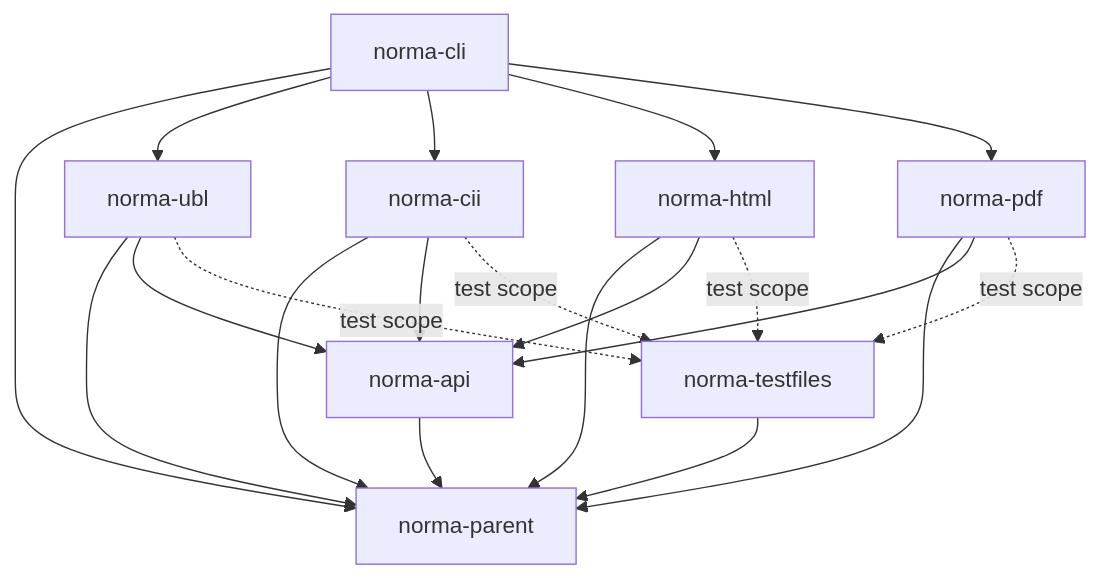
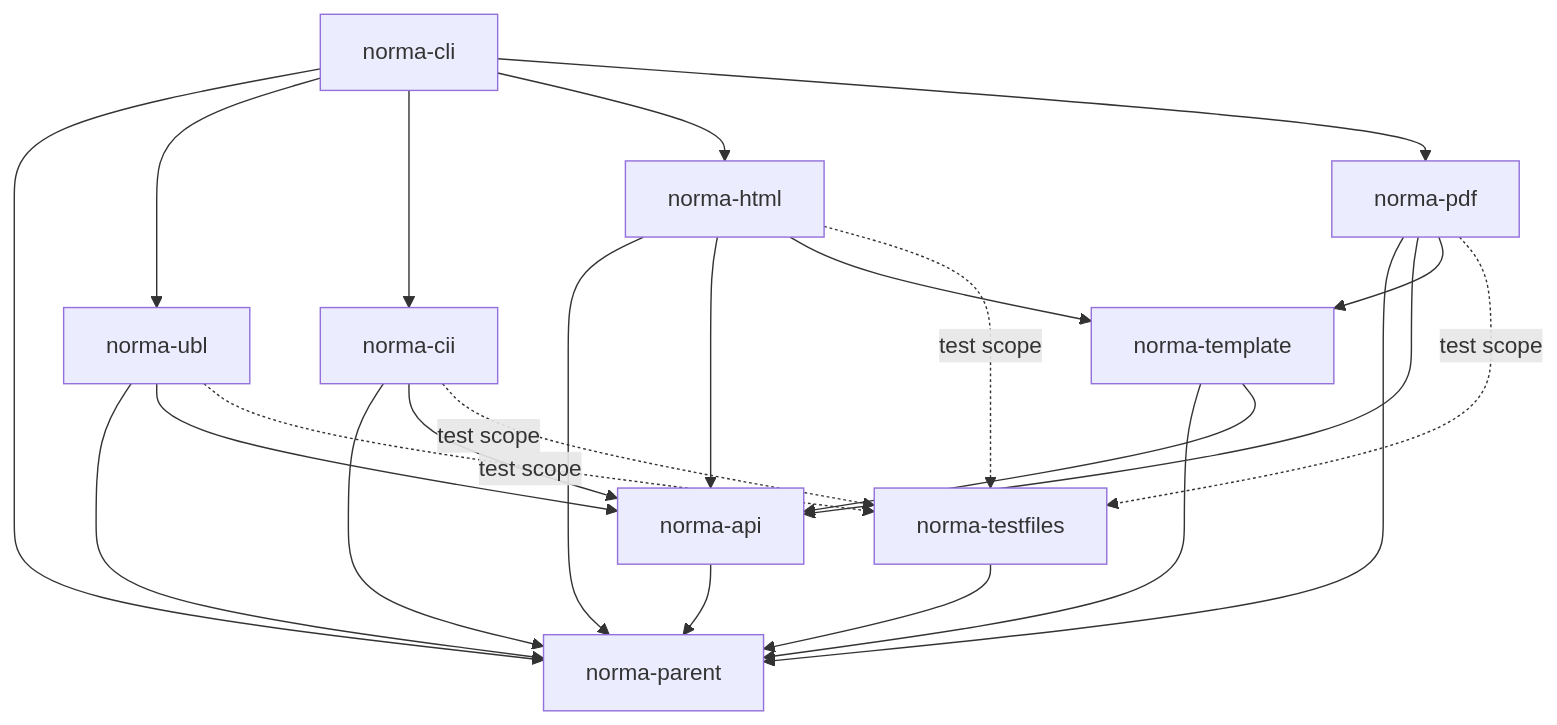
The diagram in wiki/Maven-Module-Structure.md (greedwhale/phlox), drawn with Mermaid before and after one commit. The commit also changed other lines of this file and 9 other files, not shown here.

````diff
--- a/wiki/Maven-Module-Structure.md
+++ b/wiki/Maven-Module-Structure.md
@@ -11,34 +11,39 @@
 ```mermaid
 graph TD
     parent[norma-parent]
     api[norma-api]
     ubl[norma-ubl]
     cii[norma-cii]
+    template[norma-template]
     html[norma-html]
     pdf[norma-pdf]
     cli[norma-cli]
     testfiles[norma-testfiles]
 
     api       --> parent
     ubl       --> parent
     cii       --> parent
+    template  --> parent
     html      --> parent
     pdf       --> parent
     cli       --> parent
     testfiles --> parent
 
-    ubl  --> api
-    cii  --> api
-    html --> api
-    pdf  --> api
+    ubl       --> api
+    cii       --> api
+    template  --> api
+    html      --> api
+    html      --> template
+    pdf       --> api
+    pdf       --> template
 
     cli  --> ubl
     cli  --> cii
     cli  --> html
     cli  --> pdf
 
     ubl  -. test scope .-> testfiles
     cii  -. test scope .-> testfiles
     html -. test scope .-> testfiles
     pdf  -. test scope .-> testfiles
 ```
````
